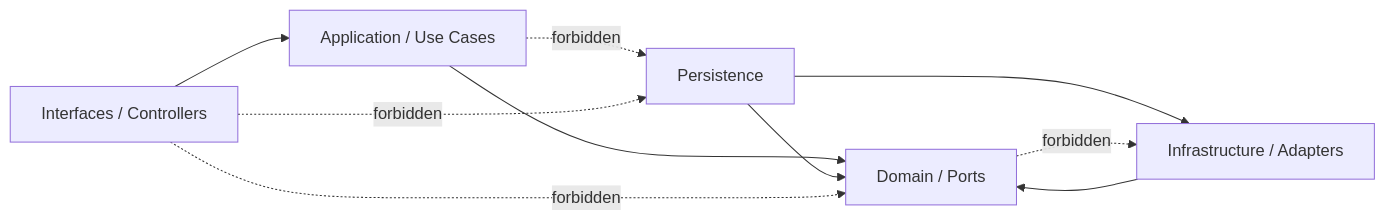
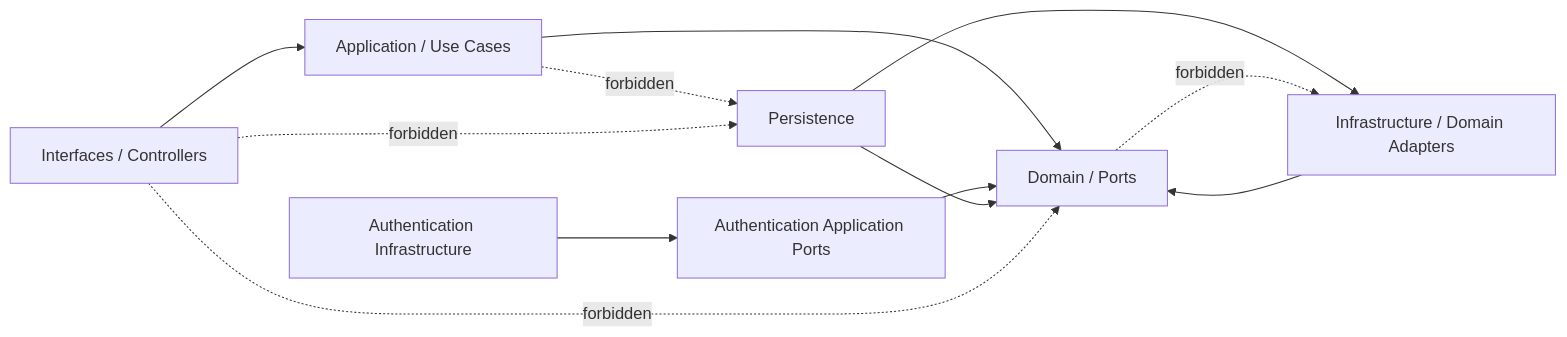
The diagram in docs/architecture/architecture-protection.md (Sangameshwar12/BachatSetu), drawn with Mermaid before and after one commit. The commit also changed other lines of this file and 22 other files, not shown here.

Commit message:
Spring 8.4 Authentication Infrastructure Adapters

````diff
--- a/docs/architecture/architecture-protection.md
+++ b/docs/architecture/architecture-protection.md
@@ -21,13 +21,15 @@
 ```mermaid
 flowchart LR
     Interfaces["Interfaces / Controllers"] --> Application["Application / Use Cases"]
     Application --> Domain["Domain / Ports"]
-    Infrastructure["Infrastructure / Adapters"] --> Domain
+    Infrastructure["Infrastructure / Domain Adapters"] --> Domain
+    AuthInfrastructure["Authentication Infrastructure"] --> AppPorts["Authentication Application Ports"]
+    AppPorts --> Domain
     Persistence["Persistence"] --> Infrastructure
     Persistence --> Domain
 
     Domain -. forbidden .-> Infrastructure
     Application -. forbidden .-> Persistence
     Interfaces -. forbidden .-> Domain
     Interfaces -. forbidden .-> Persistence
 ```
````
